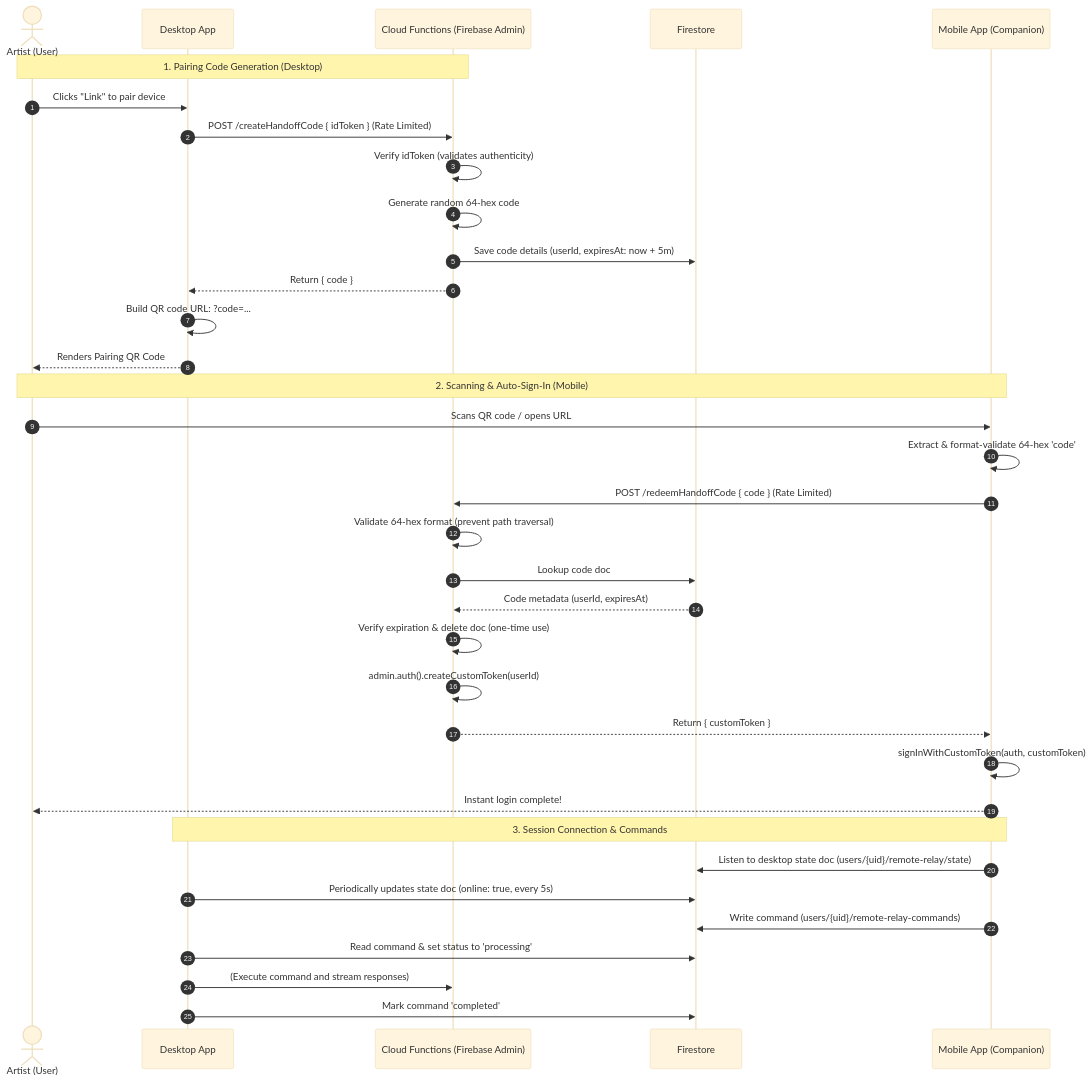
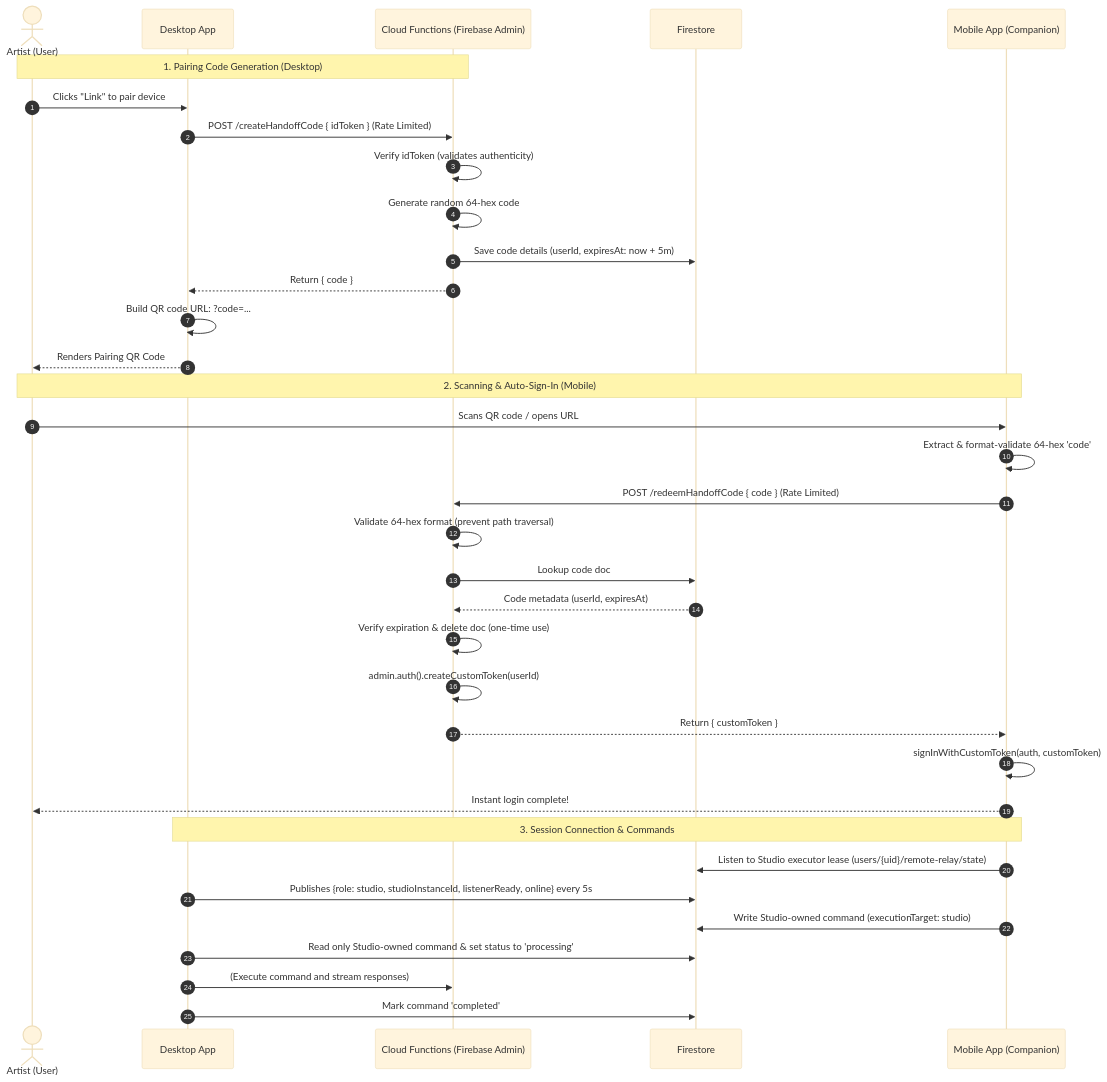
The diagram in docs/flowcharts/mobile-remote-handoff.md (indii-music-founder/indii-music-founder), drawn with Mermaid (base theme) before and after one commit. The commit also changed other lines of this file and 15 other files, not shown here.

Commit message:
fix(remote): separate controller from studio executor

````diff
--- a/docs/flowcharts/mobile-remote-handoff.md
+++ b/docs/flowcharts/mobile-remote-handoff.md
@@ -5,43 +5,43 @@
 ```mermaid
 sequenceDiagram
     autonumber
     actor User as Artist (User)
     participant Desktop as Desktop App
     participant CF as Cloud Functions (Firebase Admin)
     participant FS as Firestore
     participant Mobile as Mobile App (Companion)
 
     %% Pairing & Code Creation
     Note over User, CF: 1. Pairing Code Generation (Desktop)
     User->>Desktop: Clicks "Link" to pair device
     Desktop->>CF: POST /createHandoffCode { idToken } (Rate Limited)
     CF->>CF: Verify idToken (validates authenticity)
     CF->>CF: Generate random 64-hex code
     CF->>FS: Save code details (userId, expiresAt: now + 5m)
     CF-->>Desktop: Return { code }
     Desktop->>Desktop: Build QR code URL: ?code=...
     Desktop-->>User: Renders Pairing QR Code
 
     %% Handoff Redemption & Sign-in
     Note over User, Mobile: 2. Scanning & Auto-Sign-In (Mobile)
     User->>Mobile: Scans QR code / opens URL
     Mobile->>Mobile: Extract & format-validate 64-hex 'code'
     Mobile->>CF: POST /redeemHandoffCode { code } (Rate Limited)
     CF->>CF: Validate 64-hex format (prevent path traversal)
     CF->>FS: Lookup code doc
     FS-->>CF: Code metadata (userId, expiresAt)
     CF->>CF: Verify expiration & delete doc (one-time use)
     CF->>CF: admin.auth().createCustomToken(userId)
     CF-->>Mobile: Return { customToken }
     Mobile->>Mobile: signInWithCustomToken(auth, customToken)
     Mobile-->>User: Instant login complete!
 
     %% Connection State & Commands
     Note over Desktop, Mobile: 3. Session Connection & Commands
-    Mobile->>FS: Listen to desktop state doc (users/{uid}/remote-relay/state)
-    Desktop->>FS: Periodically updates state doc (online: true, every 5s)
-    Mobile->>FS: Write command (users/{uid}/remote-relay-commands)
-    Desktop->>FS: Read command & set status to 'processing'
+    Mobile->>FS: Listen to Studio executor lease (users/{uid}/remote-relay/state)
+    Desktop->>FS: Publishes {role: studio, studioInstanceId, listenerReady, online} every 5s
+    Mobile->>FS: Write Studio-owned command (executionTarget: studio)
+    Desktop->>FS: Read only Studio-owned command & set status to 'processing'
     Desktop->>CF: (Execute command and stream responses)
     Desktop->>FS: Mark command 'completed'
 ```
````
